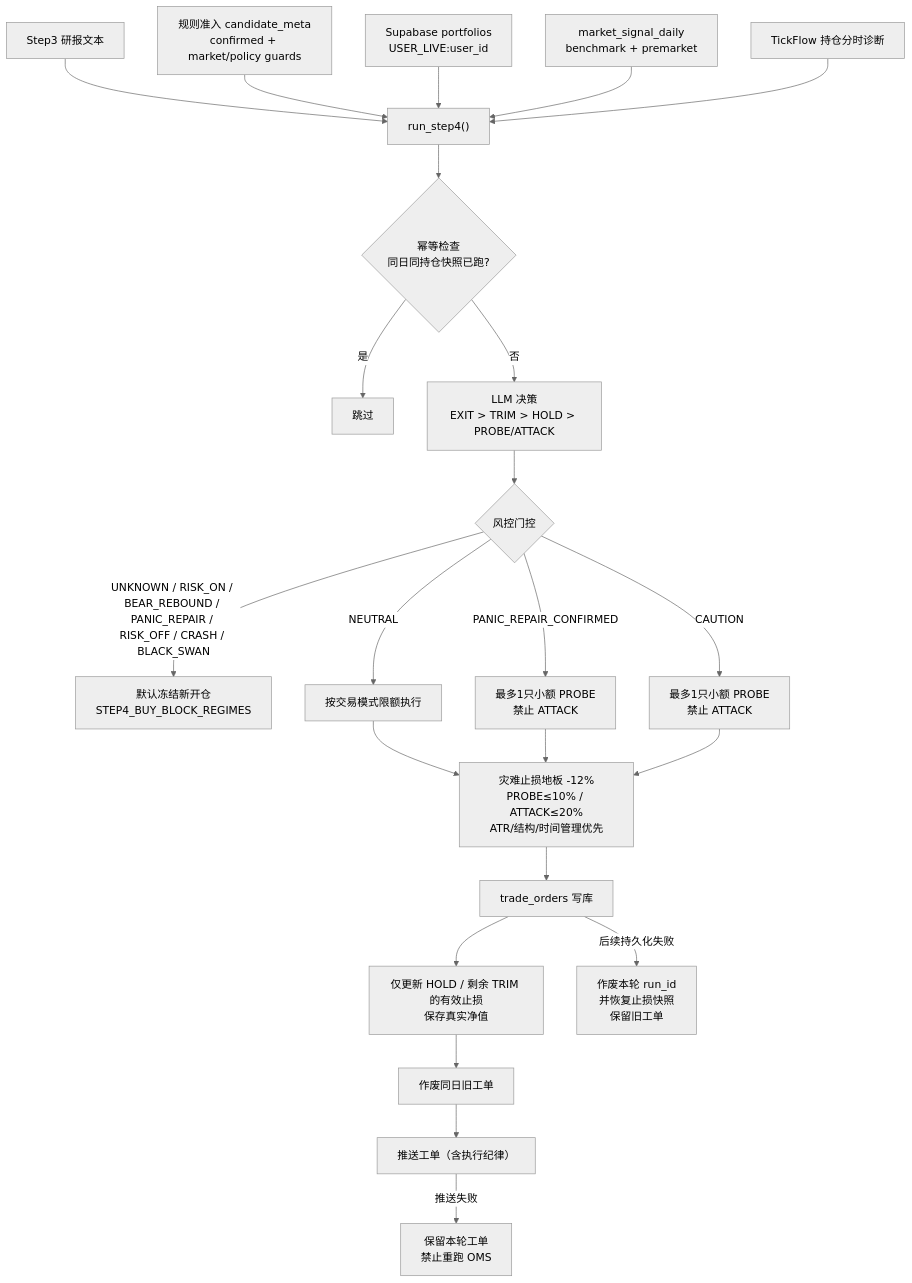
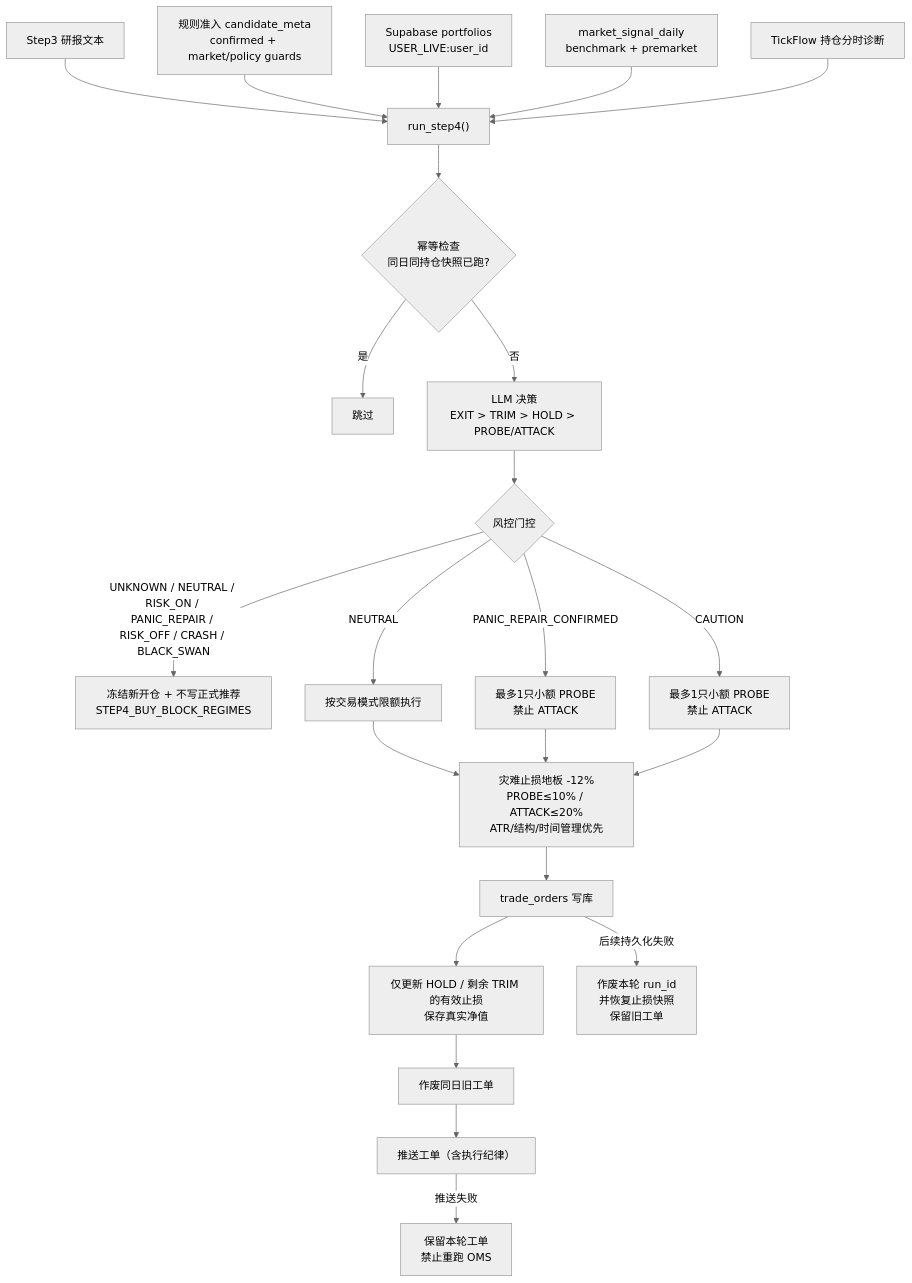
One commit to YoungCan-Wang/WyckoffTradingAgent changed the fifth of 7 diagrams in docs/A_SHARE_FUNNEL_FLOW.md. Above: the diagram before and after it, drawn with Mermaid (neutral theme). The commit also changed other lines of this file and 11 other files, not shown here.

First line of the commit message:
fix(gate): 写入闸门改读 STEP4_BUY_BLOCK_REGIMES，与下单闸门同源 (#350)

````diff
--- a/docs/A_SHARE_FUNNEL_FLOW.md
+++ b/docs/A_SHARE_FUNNEL_FLOW.md
@@ -361,28 +361,28 @@
 ```mermaid
 flowchart TD
     IN1["Step3 研报文本"] --> S4
     IN2["规则准入 candidate_meta<br/>confirmed + market/policy guards"] --> S4
     IN3["Supabase portfolios<br/>USER_LIVE:user_id"] --> S4
     IN4["market_signal_daily<br/>benchmark + premarket"] --> S4
     IN5["TickFlow 持仓分时诊断"] --> S4
 
     S4["run_step4()"] --> IDEM{"幂等检查<br/>同日同持仓快照已跑?"}
     IDEM -->|是| SKIP["跳过"]
     IDEM -->|否| LLM["LLM 决策<br/>EXIT > TRIM > HOLD > PROBE/ATTACK"]
 
     LLM --> RISK{"风控门控"}
-RISK -->|UNKNOWN / RISK_ON / BEAR_REBOUND / PANIC_REPAIR / RISK_OFF / CRASH / BLACK_SWAN| BLOCK_BUY["默认冻结新开仓<br/>STEP4_BUY_BLOCK_REGIMES"]
+RISK -->|UNKNOWN / NEUTRAL / RISK_ON / PANIC_REPAIR / RISK_OFF / CRASH / BLACK_SWAN| BLOCK_BUY["冻结新开仓 + 不写正式推荐<br/>STEP4_BUY_BLOCK_REGIMES"]
 RISK -->|PANIC_REPAIR_CONFIRMED| REPAIR_PROBE["最多1只小额 PROBE<br/>禁止 ATTACK"]
     RISK -->|CAUTION| CAUTION_PROBE["最多1只小额 PROBE<br/>禁止 ATTACK"]
     RISK -->|NEUTRAL| ALLOW["按交易模式限额执行"]
 
     ALLOW --> OMS["灾难止损地板 -12%<br/>PROBE≤10% / ATTACK≤20%<br/>ATR/结构/时间管理优先"]
     REPAIR_PROBE --> OMS
     CAUTION_PROBE --> OMS
     OMS --> DB["trade_orders 写库"]
     DB --> AUX["仅更新 HOLD / 剩余 TRIM 的有效止损<br/>保存真实净值"]
     AUX --> OLD["作废同日旧工单"]
     OLD --> TG["推送工单（含执行纪律）"]
     DB -->|后续持久化失败| RB["作废本轮 run_id<br/>并恢复止损快照<br/>保留旧工单"]
     TG -->|推送失败| KEEP["保留本轮工单<br/>禁止重跑 OMS"]
 ```
````
